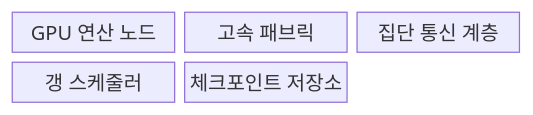
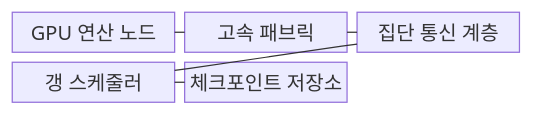
The first of 2 diagrams in src/content/docs/notes/08-latest-tech/139_gpu_cluster.md (agnusdei1207/knowledge-base), drawn with Mermaid before and after one commit. The commit also changed other lines of this file and 228 other files, not shown here.

````diff
--- a/src/content/docs/notes/08-latest-tech/139_gpu_cluster.md
+++ b/src/content/docs/notes/08-latest-tech/139_gpu_cluster.md
@@ -50,9 +50,13 @@
 ```mermaid
 block-beta
     columns 3
     N["GPU 연산 노드"]
     F["고속 패브릭"]
     C["집단 통신 계층"]
     S["갱 스케줄러"]
     R["체크포인트 저장소"]
+    N --- F
+    F --- C
+    C --- S
+    S --- R
 ```
````
